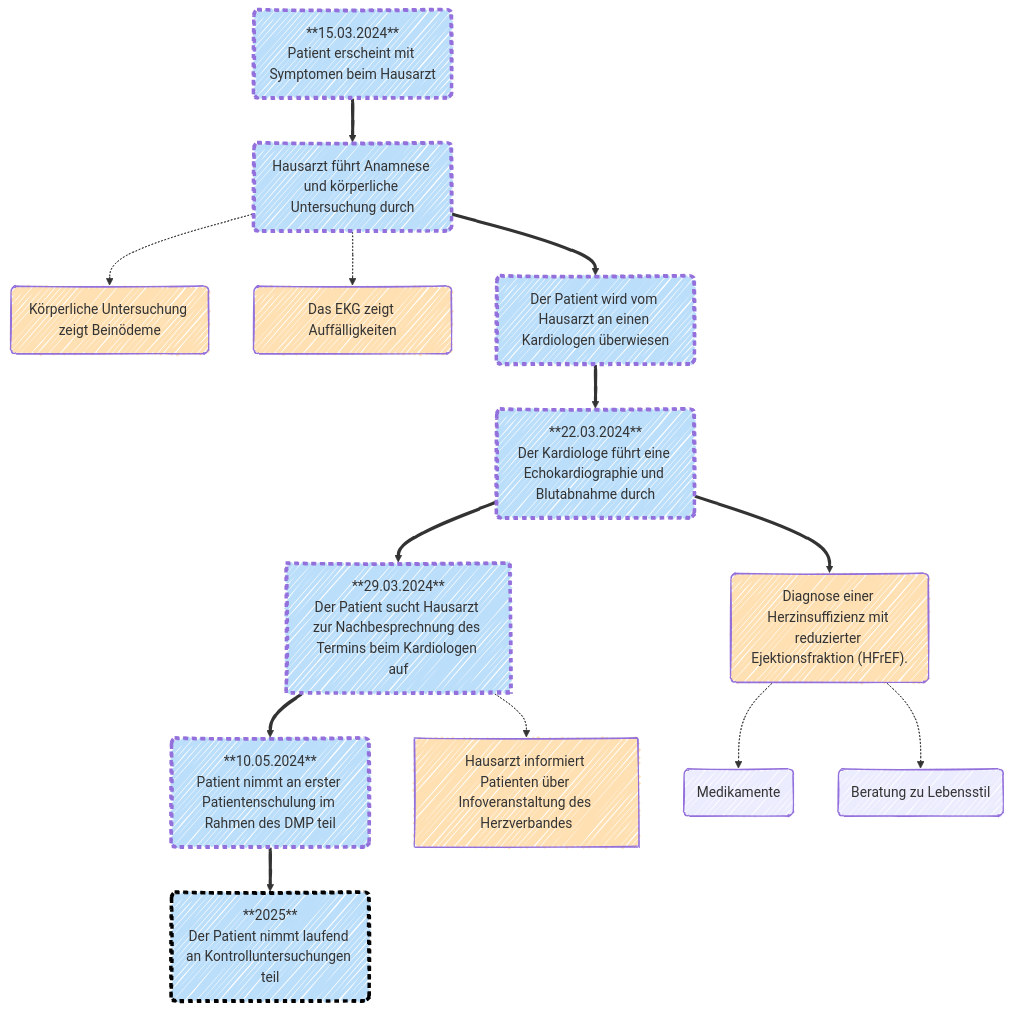
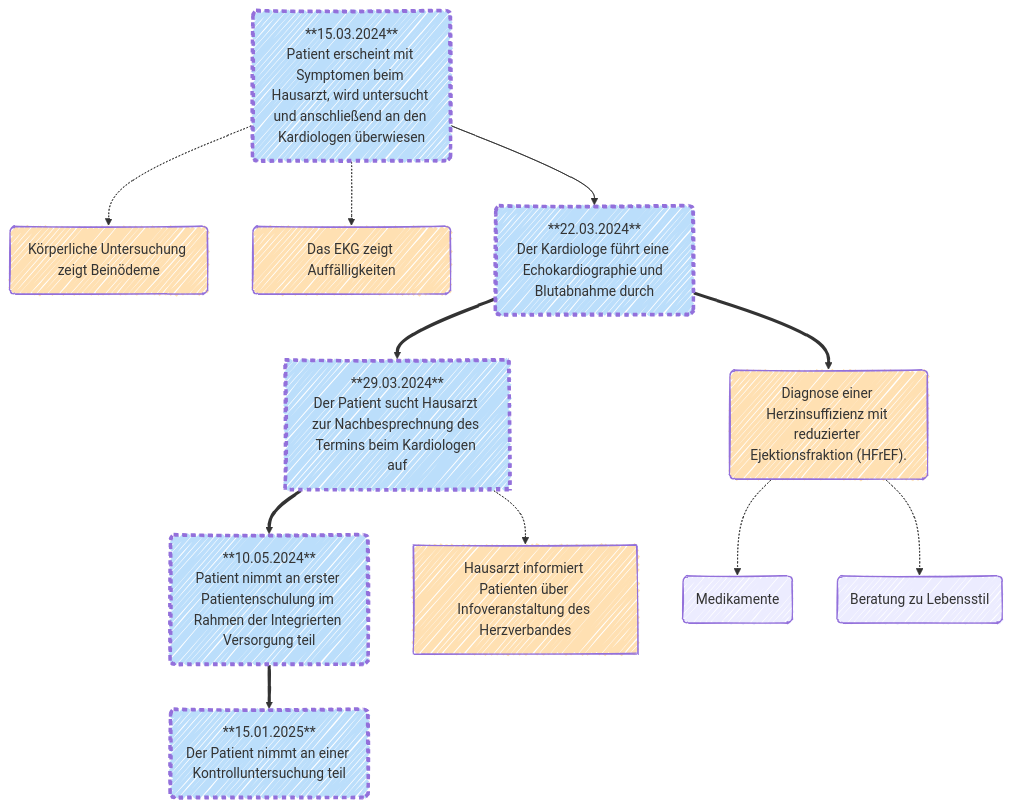
The diagram in input/pagecontent/patientJourney.md (HL7Austria/ELGA-IV-Herzinsuffizienz-R4), drawn with Mermaid before and after one commit.

Commit message:
Update diagram

```diff
--- a/input/pagecontent/patientJourney.md
+++ b/input/pagecontent/patientJourney.md
@@ -5,28 +5,24 @@
 <pre class="mermaid">
 ---
 config:
   look: handDrawn
   layout: fixed
 ---
 flowchart TD
-    A("**15.03.2024**<br>Patient erscheint mit Symptomen beim Hausarzt") ==> B("Hausarzt führt Anamnese und körperliche Untersuchung durch")
-    B -.-> C("Körperliche Untersuchung zeigt Beinödeme") & D("Das EKG zeigt Auffälligkeiten")
-    B ==> G("Der Patient wird vom <br>Hausarzt an einen Kardiologen überwiesen<br>")
-    J("**22.03.2024**<br>Der Kardiologe führt eine Echokardiographie und Blutabnahme durch<br>") ==> n13["**29.03.2024**<br>Der Patient sucht Hausarzt zur Nachbesprechnung des Termins beim Kardiologen auf<br>"] & n3("Diagnose einer Herzinsuffizienz mit reduzierter Ejektionsfraktion (HFrEF).")
-    G ==> J
-    n13 ==> P("**10.05.2024**<br>Patient nimmt an erster Patientenschulung im Rahmen des DMP teil<br>")
+    A("**15.03.2024**<br>Patient erscheint mit Symptomen beim Hausarzt, wird untersucht und anschließend an den Kardiologen überwiesen")
+    A -.-> C("Körperliche Untersuchung zeigt Beinödeme") & D("Das EKG zeigt Auffälligkeiten")
+    A --> J("**22.03.2024**<br>Der Kardiologe führt eine Echokardiographie und Blutabnahme durch<br>") ==> n13["**29.03.2024**<br>Der Patient sucht Hausarzt zur Nachbesprechnung des Termins beim Kardiologen auf<br>"] & n3("Diagnose einer Herzinsuffizienz mit reduzierter Ejektionsfraktion (HFrEF).")
+    n13 ==> P("**10.05.2024**<br>Patient nimmt an erster Patientenschulung im Rahmen der Integrierten Versorgung teil<br>")
     n3 -.-> n4("Medikamente") & n5("Beratung zu Lebensstil<br>")
-    P ==> n7("**2025**<br>Der Patient nimmt laufend an Kontrolluntersuchungen teil<br>")
+    P ==> n7("**15.01.2025**<br>Der Patient nimmt an einer Kontrolluntersuchung teil<br>")
     n13 -.-> n17["Hausarzt informiert Patienten über Infoveranstaltung des Herzverbandes<br>"]
     style A fill:#BBDEFB,stroke-width:4px,stroke-dasharray: 5
-    style B fill:#BBDEFB,stroke-width:4px,stroke-dasharray: 5
     style C fill:#FFE0B2
     style D fill:#FFE0B2
-    style G fill:#BBDEFB,stroke-width:4px,stroke-dasharray: 5
     style J fill:#BBDEFB,stroke-width:4px,stroke-dasharray: 5
     style n13 fill:#BBDEFB,stroke-width:4px,stroke-dasharray: 5
     style n3 fill:#FFE0B2
     style P fill:#BBDEFB,stroke-width:4px,stroke-dasharray: 5
-    style n7 stroke:#000000,fill:#BBDEFB,stroke-width:4px,stroke-dasharray: 5
+    style n7 fill:#BBDEFB,stroke-width:4px,stroke-dasharray: 5
     style n17 fill:#FFE0B2
 </pre>  
```
